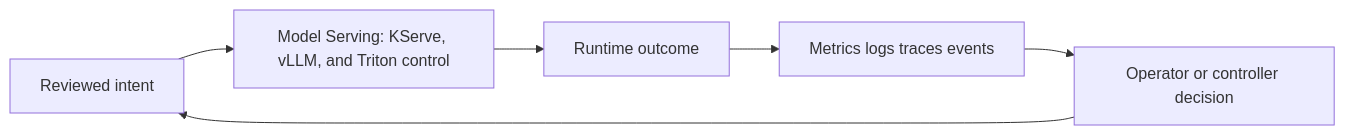
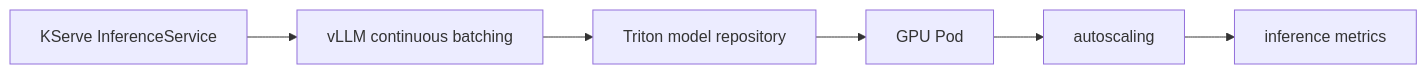
The diagram in docs/study/ai-platform/04-model-serving-kserve-vllm-triton.md (m1mohamad/devops-sre-prep), drawn with Mermaid before and after one commit. The commit also changed other lines of this file and 61 other files, not shown here.

Commit message:
Replace generic architecture and study templates

````diff
--- a/docs/study/ai-platform/04-model-serving-kserve-vllm-triton.md
+++ b/docs/study/ai-platform/04-model-serving-kserve-vllm-triton.md
@@ -20,8 +15,4 @@
 ```mermaid
 flowchart LR
-  Intent[Reviewed intent] --> Control[Model Serving: KServe, vLLM, and Triton control]
-  Control --> Runtime[Runtime outcome]
-  Runtime --> Signals[Metrics logs traces events]
-  Signals --> Decision[Operator or controller decision]
-  Decision --> Intent
+  N0[KServe InferenceService] --> N1[vLLM continuous batching] --> N2[Triton model repository] --> N3[GPU Pod] --> N4[autoscaling] --> N5[inference metrics]
 ```
````
